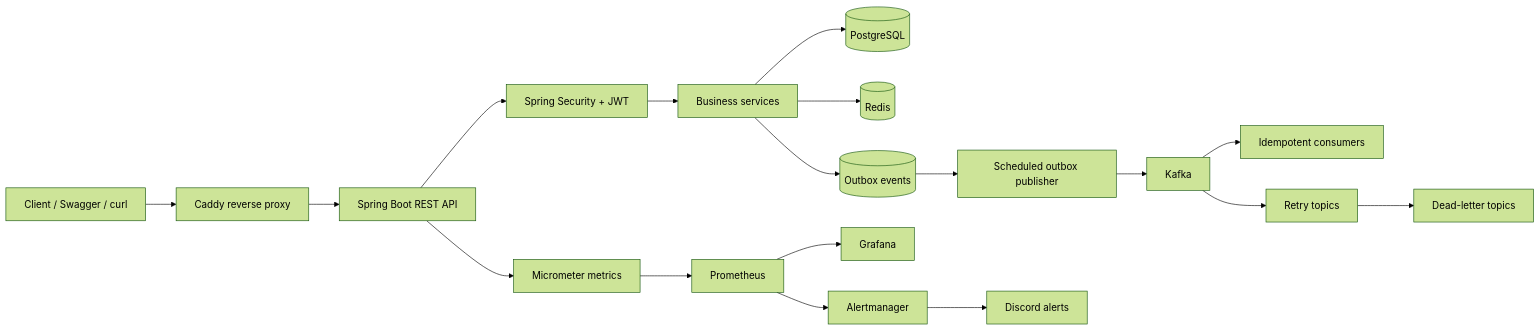
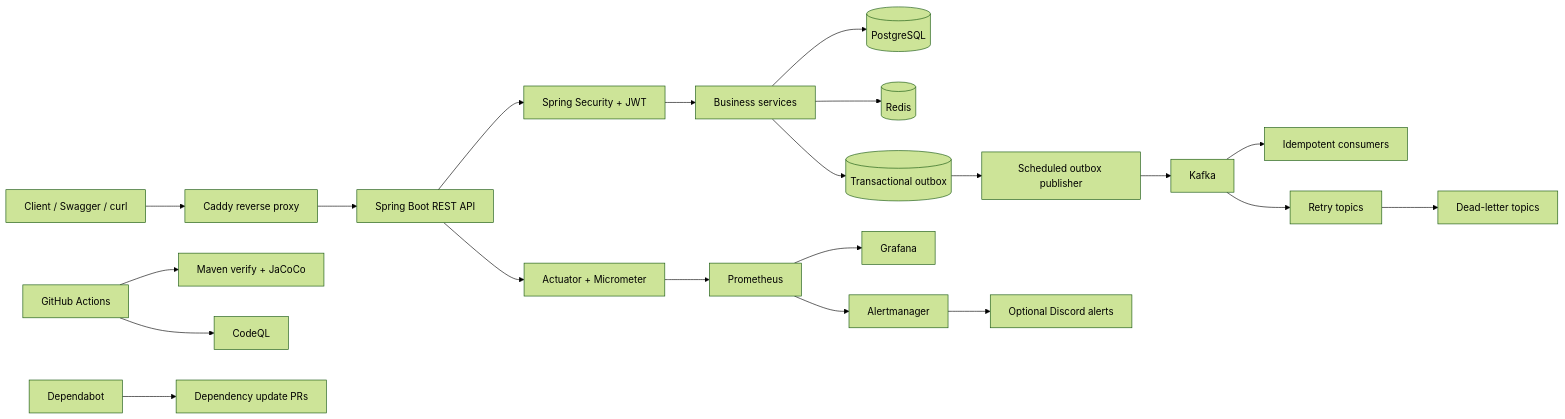
One commit to ravan-chuang/spring-boot-ecommerce-backend changed the first of 2 diagrams in README.md. Above: the diagram before and after it, drawn with Mermaid (forest theme). The commit also changed other lines of this file and 2 other files, not shown here.

Commit message:
docs: update architecture, engineering portfolio, and OCI status

````diff
--- a/README.md
+++ b/README.md
@@ -38,23 +43,27 @@
 ```mermaid
 flowchart LR
     Client[Client / Swagger / curl] --> Proxy[Caddy reverse proxy]
     Proxy --> API[Spring Boot REST API]
     API --> Security[Spring Security + JWT]
     Security --> Services[Business services]
 
     Services --> PostgreSQL[(PostgreSQL)]
     Services --> Redis[(Redis)]
-    Services --> Outbox[(Outbox events)]
+    Services --> Outbox[(Transactional outbox)]
 
     Outbox --> Publisher[Scheduled outbox publisher]
     Publisher --> Kafka[Kafka]
     Kafka --> Consumers[Idempotent consumers]
     Kafka --> Retry[Retry topics]
     Retry --> DLT[Dead-letter topics]
 
-    API --> Metrics[Micrometer metrics]
+    API --> Metrics[Actuator + Micrometer]
     Metrics --> Prometheus[Prometheus]
     Prometheus --> Grafana[Grafana]
     Prometheus --> Alertmanager[Alertmanager]
-    Alertmanager --> Discord[Discord alerts]
+    Alertmanager --> Discord[Optional Discord alerts]
+
+    CI[GitHub Actions] --> Verify[Maven verify + JaCoCo]
+    CI --> CodeQL[CodeQL]
+    Dependabot[Dependabot] --> PRs[Dependency update PRs]
 ```
````
